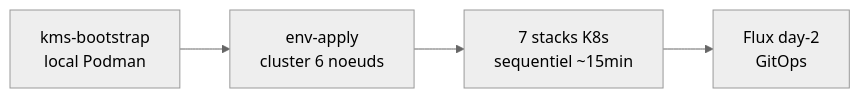
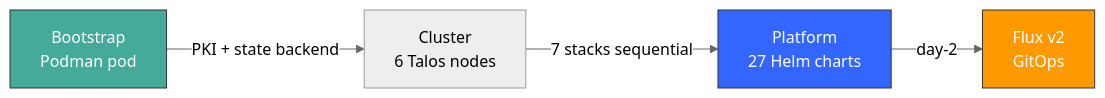
Before and after one commit to Destynova2/st4ck: the diagram in README.md, drawn with Mermaid (neutral theme). The commit also changed other lines of this file, not shown here.

````diff
--- a/README.md
+++ b/README.md
@@ -88,6 +10,10 @@
 ```mermaid
 graph LR
-    KMS[kms-bootstrap<br/>local Podman] --> ENV[env-apply<br/>cluster 6 noeuds]
-    ENV --> STACKS[7 stacks K8s<br/>sequentiel ~15min]
-    STACKS --> FLUX[Flux day-2<br/>GitOps]
+    B[Bootstrap<br/>Podman pod] -->|PKI + state backend| C[Cluster<br/>6 Talos nodes]
+    C -->|7 stacks sequential| K[Platform<br/>27 Helm charts]
+    K -->|day-2| F[Flux v2<br/>GitOps]
+
+    style B fill:#4a9,stroke:#333,color:#fff
+    style K fill:#36f,stroke:#333,color:#fff
+    style F fill:#f90,stroke:#333,color:#fff
 ```
````
